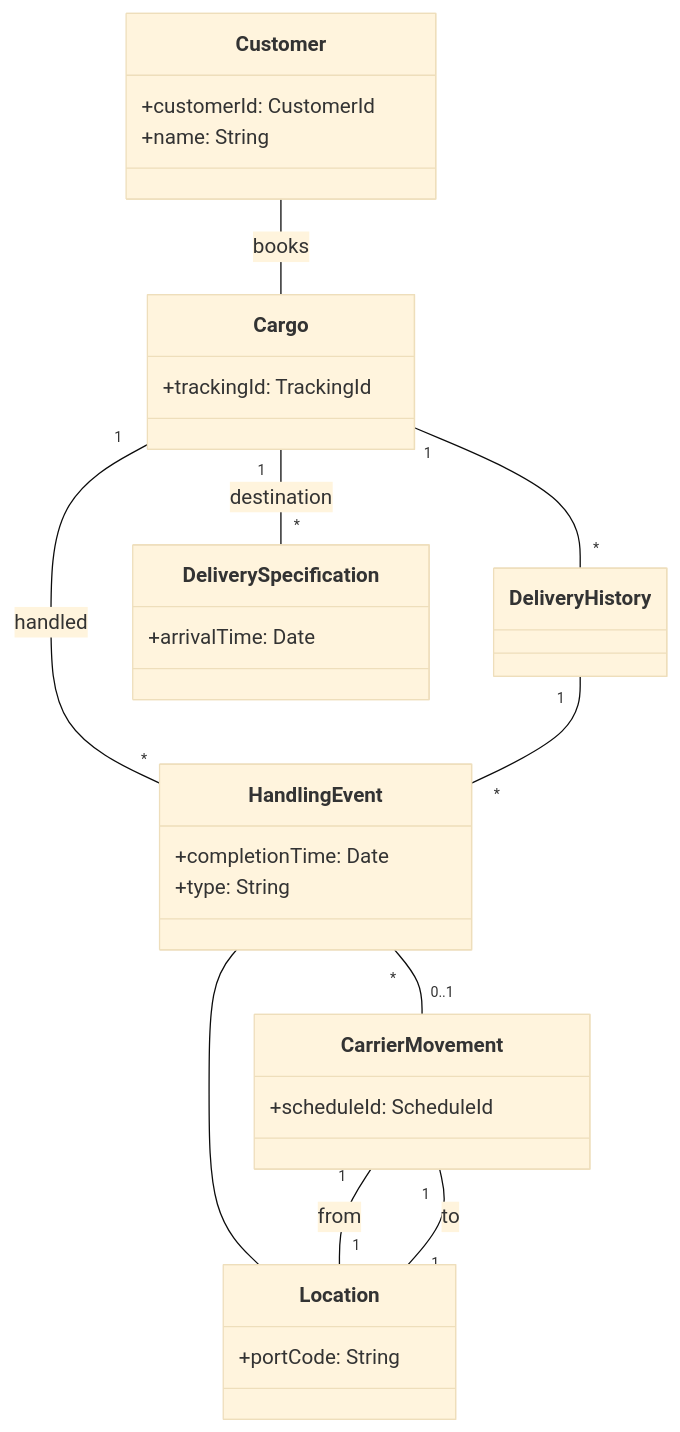
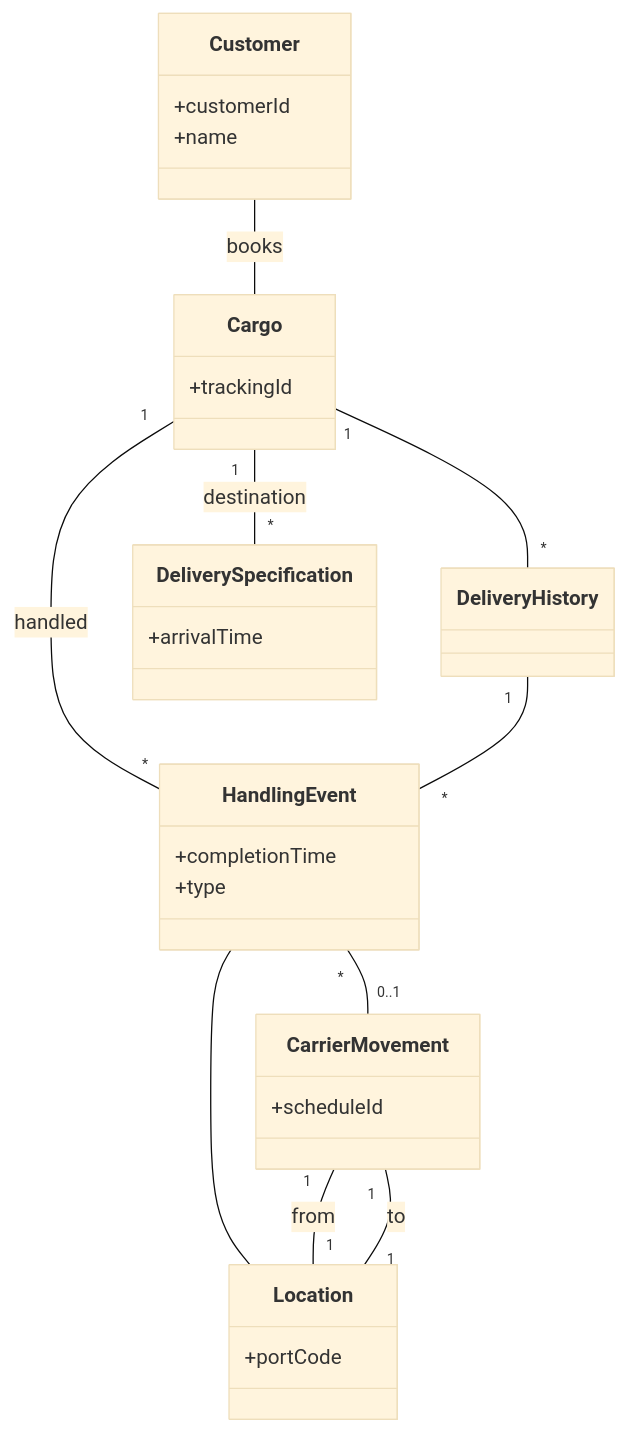
The diagram in docs/architecture/01-design.md (peterramaldes/cs), drawn with Mermaid (base theme) before and after one commit.

Commit message:
docs: remove types from diagram attributes

````diff
--- a/docs/architecture/01-design.md
+++ b/docs/architecture/01-design.md
@@ -5,41 +5,41 @@
 ```mermaid
 classDiagram
     class Customer {
-        +customerId: CustomerId
-        +name: String
+        +customerId
+        +name
     }
 
     class Cargo {
-        +trackingId: TrackingId
+        +trackingId
     }
 
     class DeliveryHistory {
     }
 
     class DeliverySpecification {
-        +arrivalTime: Date
+        +arrivalTime
     }
 
     class HandlingEvent {
-        +completionTime: Date
-        +type: String
+        +completionTime
+        +type
     }
 
     class CarrierMovement {
-        +scheduleId: ScheduleId
+        +scheduleId
     }
 
     class Location {
-        +portCode: String
+        +portCode
     }
 
     Customer -- Cargo : books
     Cargo "1" -- "*" DeliveryHistory
     Cargo "1" -- "*" DeliverySpecification : destination
     Cargo "1" -- "*" HandlingEvent : handled
     DeliveryHistory "1" -- "*" HandlingEvent
     HandlingEvent "*" -- "0..1" CarrierMovement
     HandlingEvent -- Location
     CarrierMovement "1" -- "1" Location : from
     CarrierMovement "1" -- "1" Location : to
 ```
````
